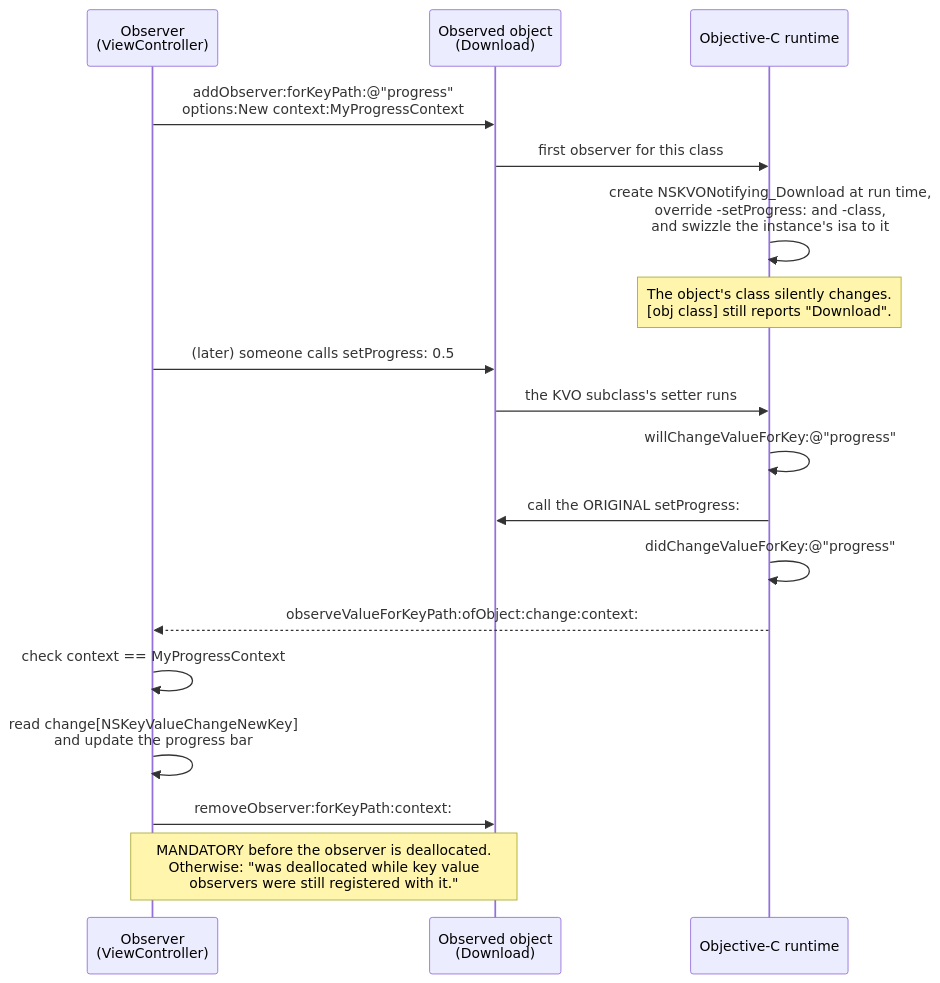
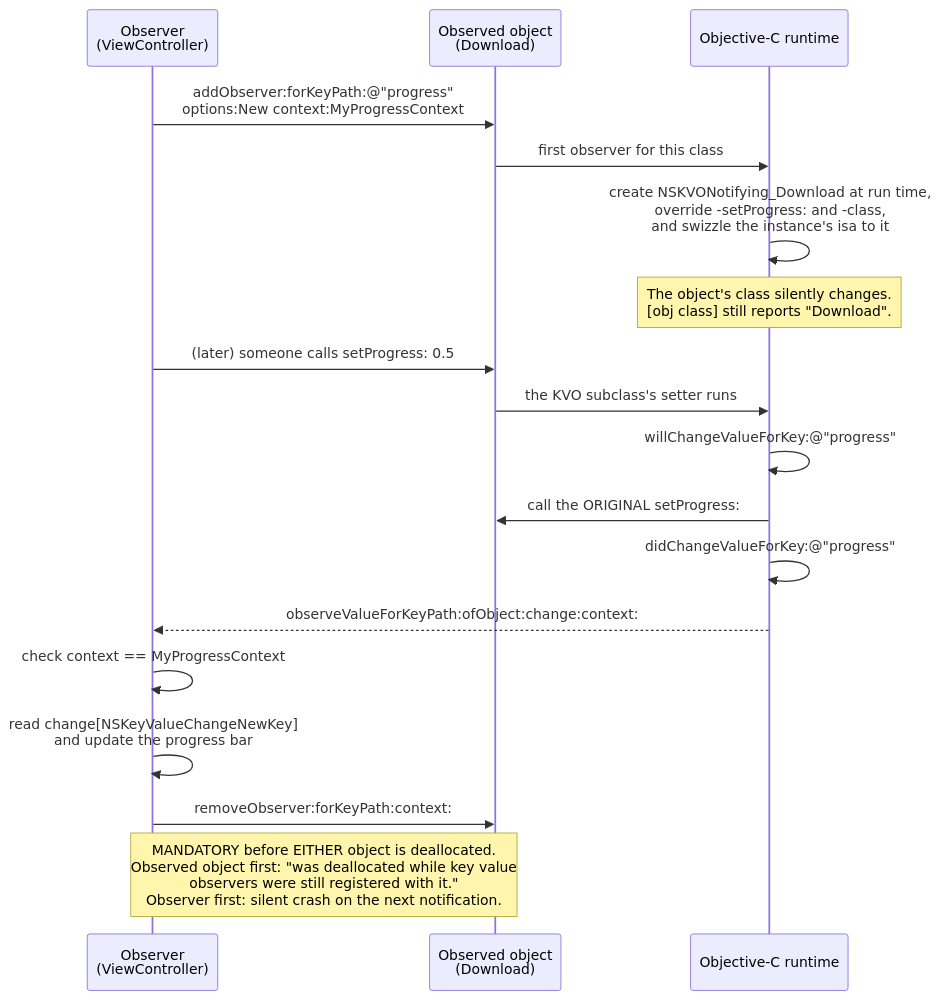
The diagram in modules/ROOT/pages/programming-languages/objective-c/key-value-coding-and-observing.adoc (albertoirurueta/docs), drawn with Mermaid before and after one commit. The commit also changed other lines of this file and 13 other files, not shown here.

```diff
--- a/modules/ROOT/pages/programming-languages/objective-c/key-value-coding-and-observing.adoc
+++ b/modules/ROOT/pages/programming-languages/objective-c/key-value-coding-and-observing.adoc
@@ -207,24 +207,24 @@
 [mermaid]
 ....
 sequenceDiagram
     participant O as Observer<br/>(ViewController)
     participant D as Observed object<br/>(Download)
     participant R as Objective-C runtime
 
     O->>D: addObserver:forKeyPath:@"progress"<br/>options:New context:MyProgressContext
     D->>R: first observer for this class
     R->>R: create NSKVONotifying_Download at run time,<br/>override -setProgress: and -class,<br/>and swizzle the instance's isa to it
     Note over R: The object's class silently changes.<br/>[obj class] still reports "Download".
 
     O->>D: (later) someone calls setProgress: 0.5
     D->>R: the KVO subclass's setter runs
     R->>R: willChangeValueForKey:@"progress"
     R->>D: call the ORIGINAL setProgress:
     R->>R: didChangeValueForKey:@"progress"
     R-->>O: observeValueForKeyPath:ofObject:change:context:
     O->>O: check context == MyProgressContext
     O->>O: read change[NSKeyValueChangeNewKey]<br/>and update the progress bar
 
     O->>D: removeObserver:forKeyPath:context:
-    Note over O,D: MANDATORY before the observer is deallocated.<br/>Otherwise: "was deallocated while key value<br/>observers were still registered with it."
+    Note over O,D: MANDATORY before EITHER object is deallocated.<br/>Observed object first: "was deallocated while key value<br/>observers were still registered with it."<br/>Observer first: silent crash on the next notification.
 ....
```
